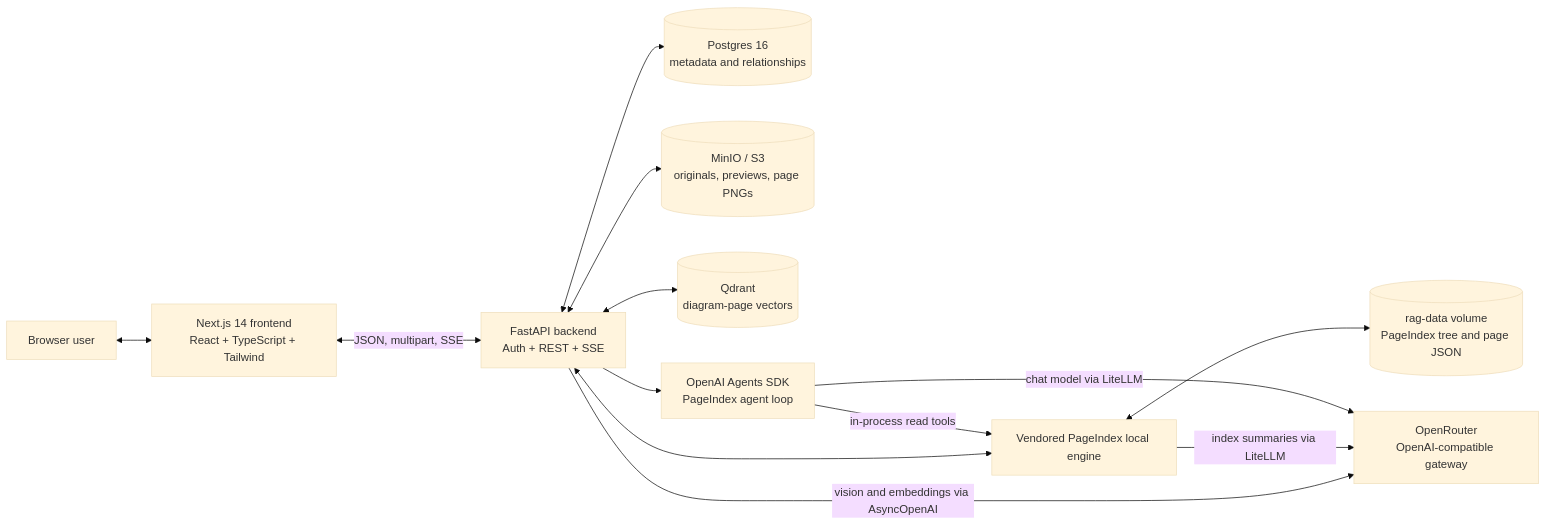
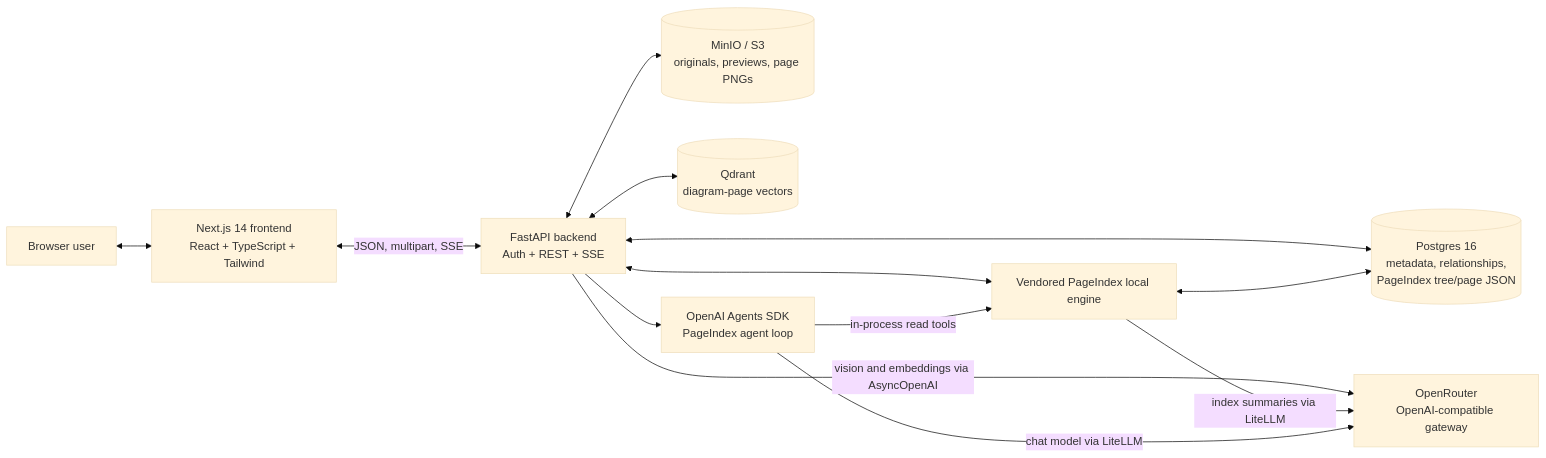
The first of 4 diagrams in docs/ARCHITECTURE.md (faizansyed14/RAG), drawn with Mermaid (base theme) before and after one commit. The commit also changed other lines of this file and 31 other files, not shown here.

````diff
--- a/docs/ARCHITECTURE.md
+++ b/docs/ARCHITECTURE.md
@@ -51,26 +51,25 @@
 ```mermaid
 flowchart LR
     U[Browser user]
     FE[Next.js 14 frontend\nReact + TypeScript + Tailwind]
     API[FastAPI backend\nAuth + REST + SSE]
-    PG[(Postgres 16\nmetadata and relationships)]
+    PG[(Postgres 16\nmetadata, relationships,\nPageIndex tree/page JSON)]
     OBJ[(MinIO / S3\noriginals, previews, page PNGs)]
-    TREE[(rag-data volume\nPageIndex tree and page JSON)]
     QD[(Qdrant\ndiagram-page vectors)]
     OR[OpenRouter\nOpenAI-compatible gateway]
     AG[OpenAI Agents SDK\nPageIndex agent loop]
     PI[Vendored PageIndex local engine]
 
     U <--> FE
     FE <-->|JSON, multipart, SSE| API
     API <--> PG
     API <--> OBJ
     API <--> PI
-    PI <--> TREE
+    PI <--> PG
     API <--> QD
     API -->|vision and embeddings via AsyncOpenAI| OR
     PI -->|index summaries via LiteLLM| OR
     API --> AG
     AG -->|chat model via LiteLLM| OR
     AG -->|in-process read tools| PI
 ```
````
